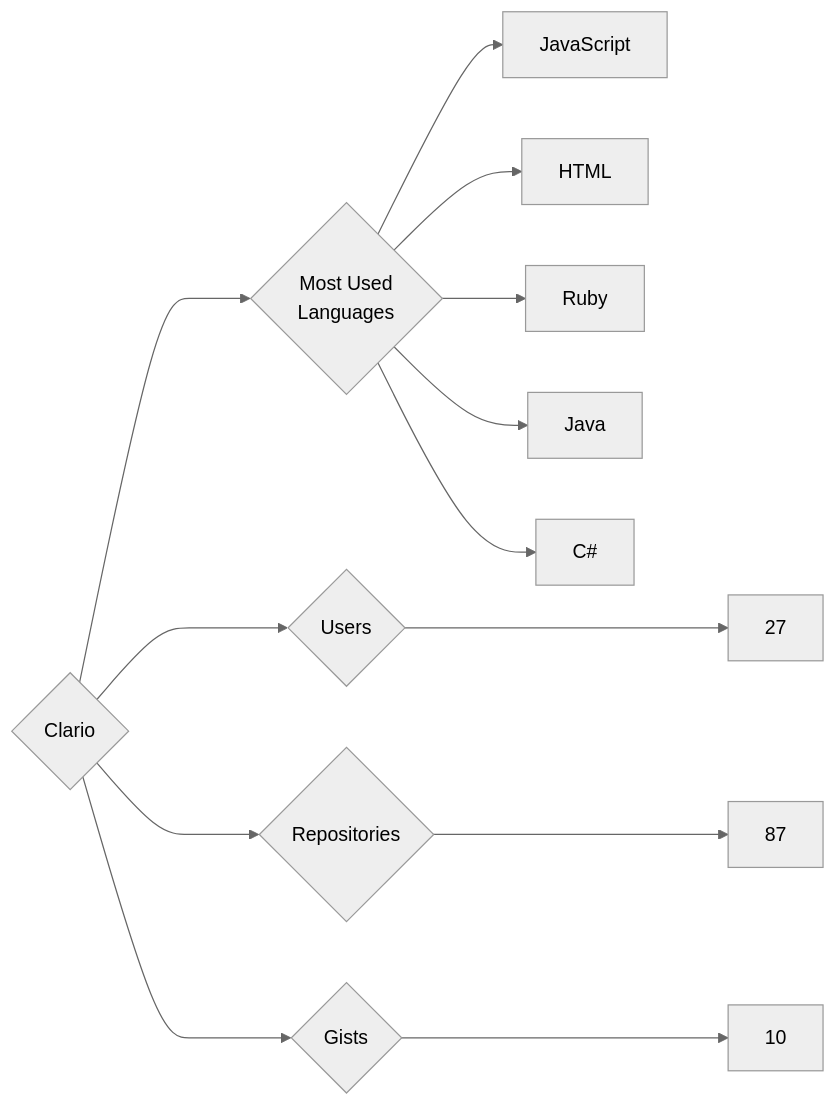
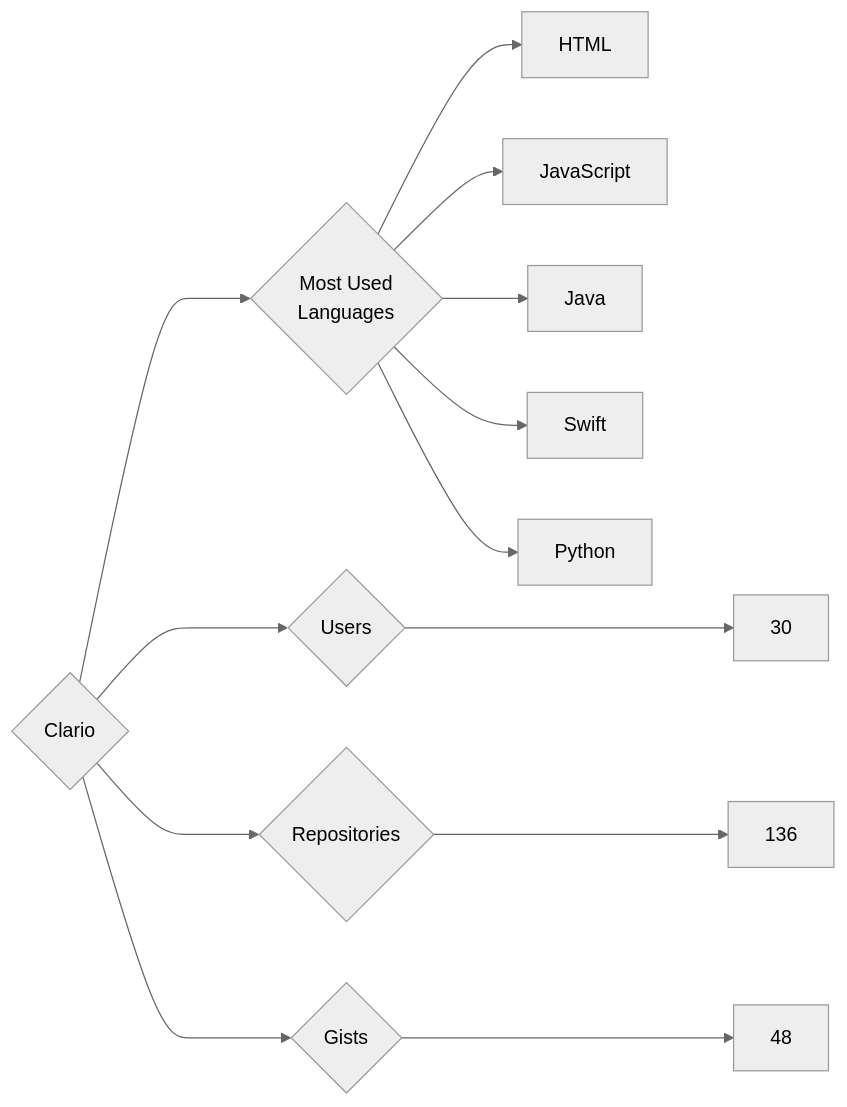
The diagram in targets/Clario/README.md (trickest/insiders), drawn with Mermaid (neutral theme) before and after one commit. The commit also changed 916 other files, not shown here.

````diff
--- a/targets/Clario/README.md
+++ b/targets/Clario/README.md
@@ -3,13 +3,13 @@
 ```mermaid
 graph LR
 COMPANY_NAME{Clario}
-COMPANY_NAME ---> U{Users} ---> UN[27]
-COMPANY_NAME ---> R{Repositories} ---> RN[87]
-COMPANY_NAME ---> G{Gists} ---> GN[10]
+COMPANY_NAME ---> U{Users} ---> UN[30]
+COMPANY_NAME ---> R{Repositories} ---> RN[136]
+COMPANY_NAME ---> G{Gists} ---> GN[48]
 COMPANY_NAME ---> ML{Most Used<br>Languages}
+ML --> HTML[HTML]
 ML --> JavaScript[JavaScript]
-ML --> HTML[HTML]
-ML --> Ruby[Ruby]
 ML --> Java[Java]
-ML --> C#[C#]
+ML --> Swift[Swift]
+ML --> Python[Python]
 ```
````
